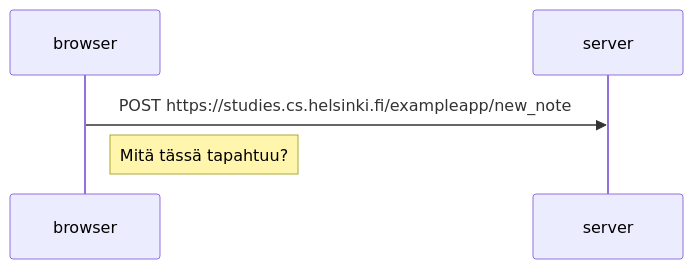
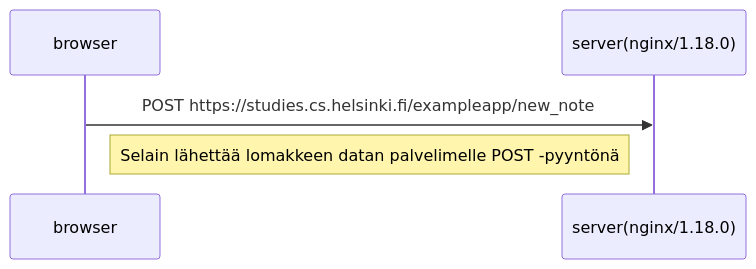
One commit to saaskilahtij/fullstackopen changed the diagram in osa0/tehtava0.4.md. Above: the diagram before and after it, drawn with Mermaid.

````diff
--- a/osa0/tehtava0.4.md
+++ b/osa0/tehtava0.4.md
@@ -1,7 +1,7 @@
 ```mermaid
 sequenceDiagram
 
-  browser ->> server: POST https://studies.cs.helsinki.fi/exampleapp/new_note
-  Note right of browser: Mitä tässä tapahtuu?
+  browser ->> server(nginx/1.18.0): POST https://studies.cs.helsinki.fi/exampleapp/new_note
+  Note right of browser: Selain lähettää lomakkeen datan palvelimelle POST -pyyntönä
 
 ```
````
